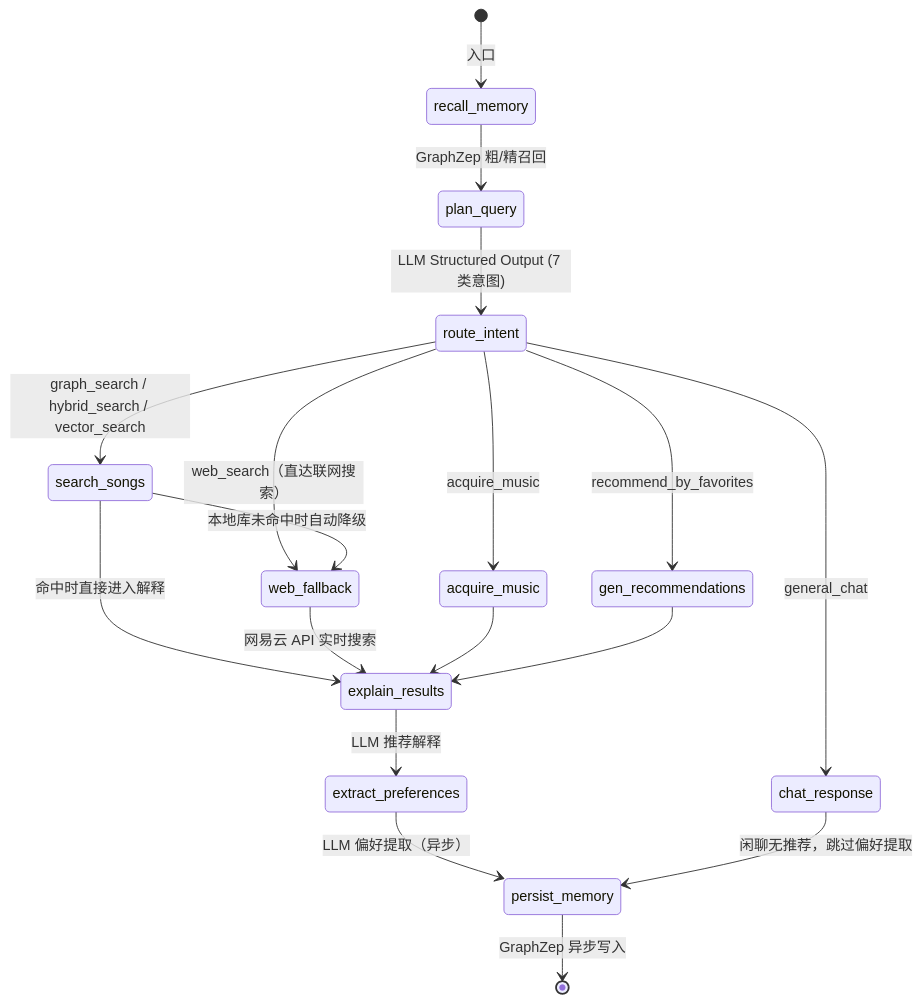
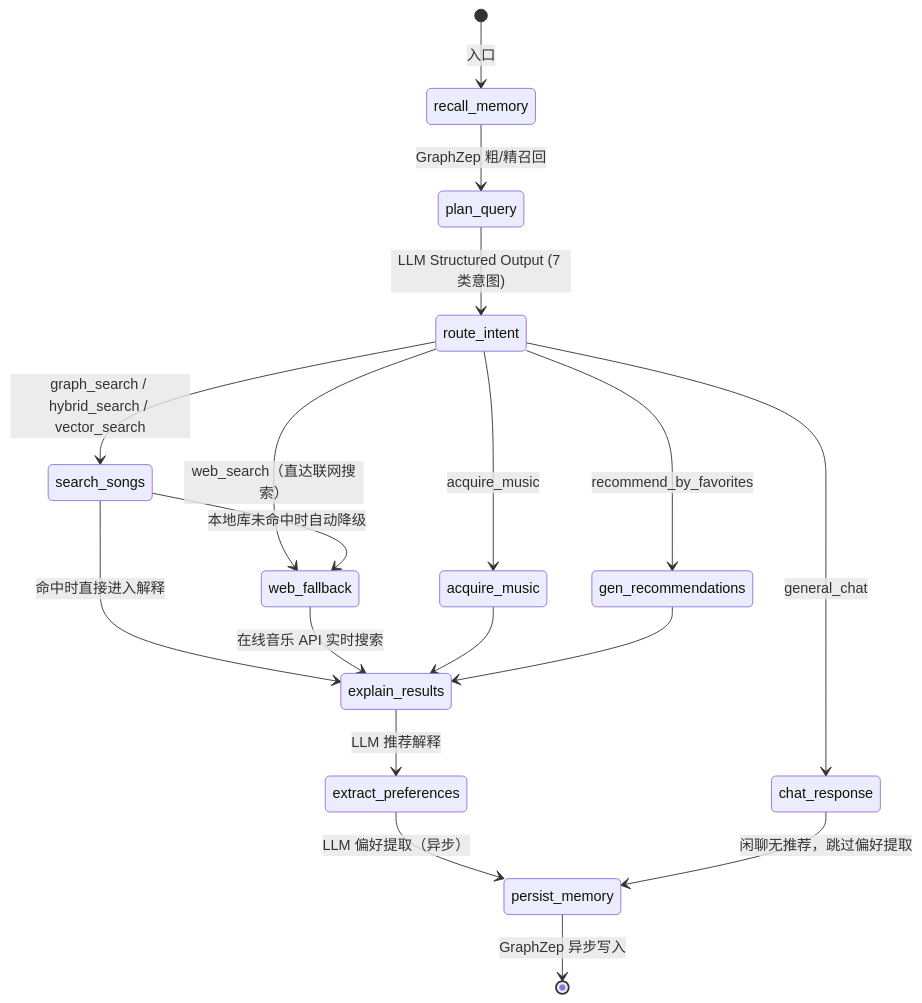
Before and after one commit to hgsanyang/SoulTuner-Agent: the first of 2 diagrams in README.md, drawn with Mermaid. The commit also changed other lines of this file and 3 other files, not shown here.

````diff
--- a/README.md
+++ b/README.md
@@ -197,25 +197,25 @@
 ```mermaid
 stateDiagram-v2
     [*] --> recall_memory: 入口
     recall_memory --> plan_query: GraphZep 粗/精召回
     plan_query --> route_intent: LLM Structured Output (7 类意图)
 
     route_intent --> search_songs: graph_search / hybrid_search / vector_search
     route_intent --> web_fallback: web_search（直达联网搜索）
     route_intent --> chat_response: general_chat
     route_intent --> acquire_music: acquire_music
     route_intent --> gen_recommendations: recommend_by_favorites
 
     search_songs --> web_fallback: 本地库未命中时自动降级
     search_songs --> explain_results: 命中时直接进入解释
-    web_fallback --> explain_results: 网易云 API 实时搜索
+    web_fallback --> explain_results: 在线音乐 API 实时搜索
     acquire_music --> explain_results
     gen_recommendations --> explain_results
 
     explain_results --> extract_preferences: LLM 推荐解释
     extract_preferences --> persist_memory: LLM 偏好提取（异步）
 
     chat_response --> persist_memory: 闲聊无推荐，跳过偏好提取
 
     persist_memory --> [*]: GraphZep 异步写入
 ```
````
